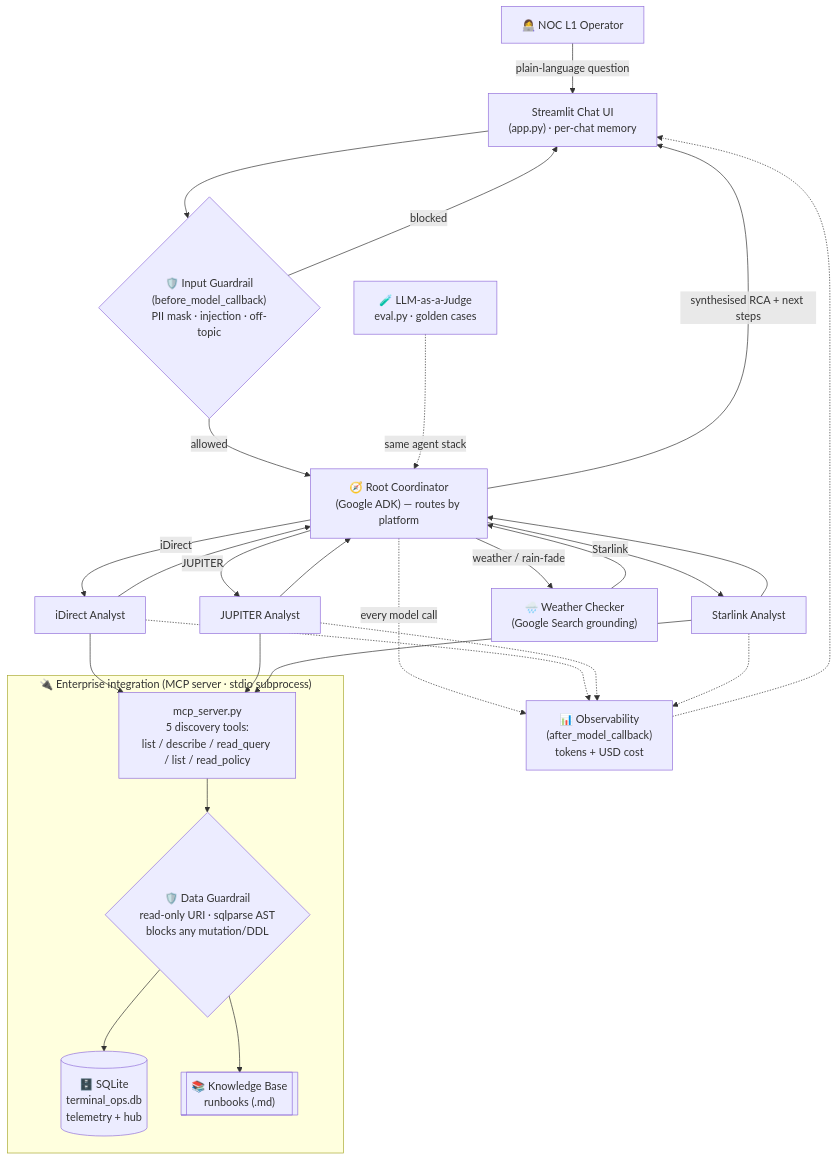
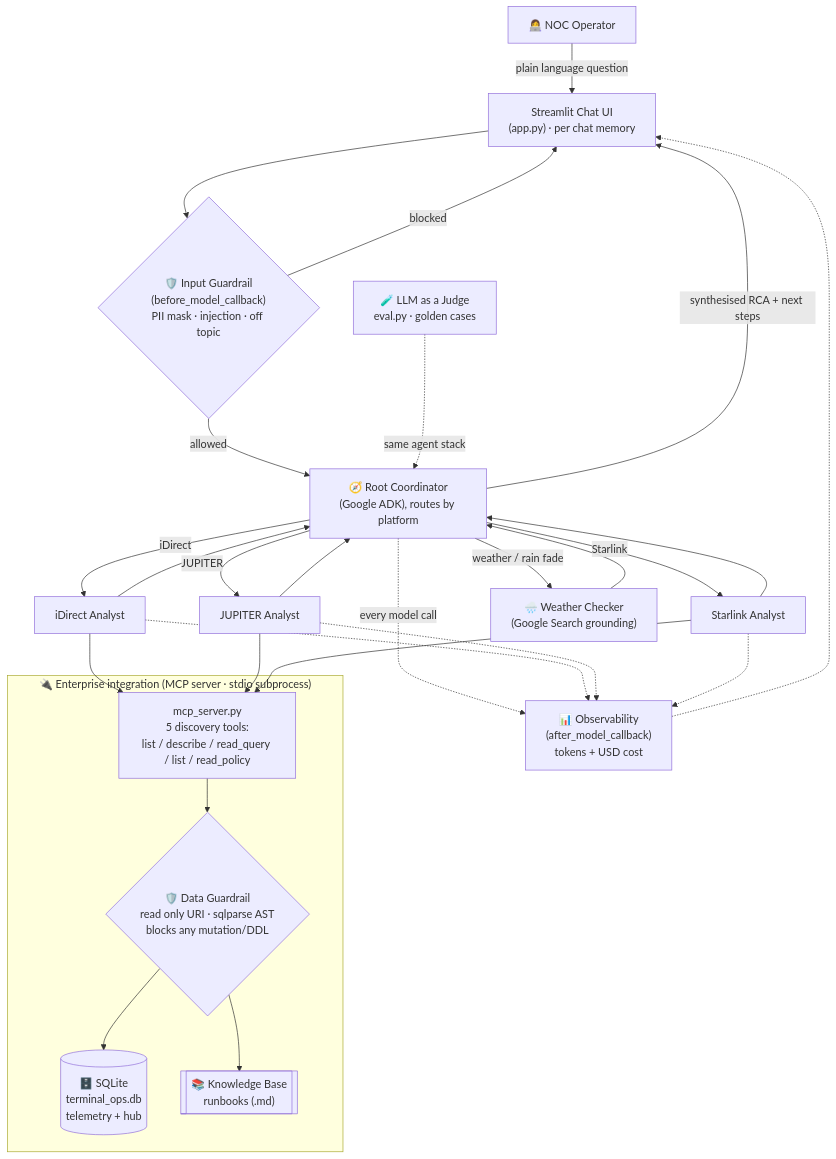
One commit to ralphfie93/noc-virtual-analyst-ai-assist-for-operation-team changed the diagram in README.md. Above: the diagram before and after it, drawn with Mermaid. The commit also changed other lines of this file, not shown here.

Commit message:
README: humanize problem/objective/diagram (no dashes) and add live demo walkthrough

````diff
--- a/README.md
+++ b/README.md
@@ -61,39 +66,39 @@
 ```mermaid
 flowchart TD
-    OP["👩‍💻 NOC L1 Operator"] -->|plain-language question| UI["Streamlit Chat UI<br/>(app.py) · per-chat memory"]
+    OP["👩‍💻 NOC Operator"] -->|plain language question| UI["Streamlit Chat UI<br/>(app.py) · per chat memory"]
 
-    UI --> GR1{"🛡️ Input Guardrail<br/>(before_model_callback)<br/>PII mask · injection · off-topic"}
+    UI --> GR1{"🛡️ Input Guardrail<br/>(before_model_callback)<br/>PII mask · injection · off topic"}
     GR1 -->|blocked| UI
-    GR1 -->|allowed| ROOT["🧭 Root Coordinator<br/>(Google ADK) — routes by platform"]
+    GR1 -->|allowed| ROOT["🧭 Root Coordinator<br/>(Google ADK), routes by platform"]
 
     ROOT -->|iDirect| A1["iDirect Analyst"]
     ROOT -->|JUPITER| A2["JUPITER Analyst"]
     ROOT -->|Starlink| A3["Starlink Analyst"]
-    ROOT -->|weather / rain-fade| W["🌧️ Weather Checker<br/>(Google Search grounding)"]
+    ROOT -->|weather / rain fade| W["🌧️ Weather Checker<br/>(Google Search grounding)"]
 
     A1 --> MCP
     A2 --> MCP
     A3 --> MCP
 
     subgraph DATA["🔌 Enterprise integration (MCP server · stdio subprocess)"]
         MCP["mcp_server.py<br/>5 discovery tools:<br/>list / describe / read_query / list / read_policy"]
-        GR2{"🛡️ Data Guardrail<br/>read-only URI · sqlparse AST<br/>blocks any mutation/DDL"}
+        GR2{"🛡️ Data Guardrail<br/>read only URI · sqlparse AST<br/>blocks any mutation/DDL"}
         MCP --> GR2
         GR2 --> DB[("🗄️ SQLite<br/>terminal_ops.db<br/>telemetry + hub")]
         GR2 --> KB[["📚 Knowledge Base<br/>runbooks (.md)"]]
     end
 
     A1 --> ROOT
     A2 --> ROOT
     A3 --> ROOT
     W --> ROOT
     ROOT -->|synthesised RCA + next steps| UI
 
     ROOT -.->|every model call| COST["📊 Observability<br/>(after_model_callback)<br/>tokens + USD cost"]
     A1 -.-> COST
     A2 -.-> COST
     A3 -.-> COST
     COST -.-> UI
 
-    EVAL["🧪 LLM-as-a-Judge<br/>eval.py · golden cases"] -.->|same agent stack| ROOT
+    EVAL["🧪 LLM as a Judge<br/>eval.py · golden cases"] -.->|same agent stack| ROOT
 ```
````
